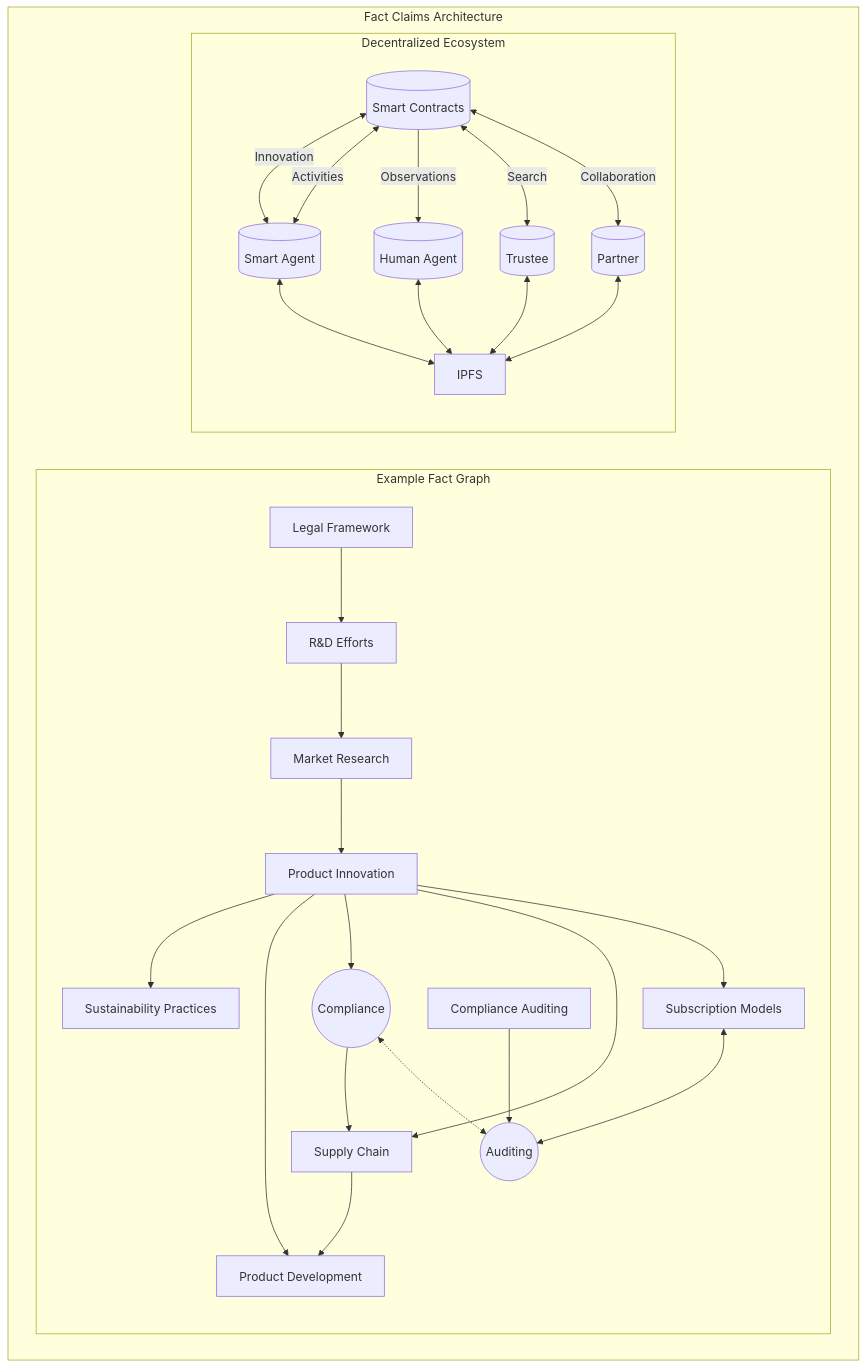
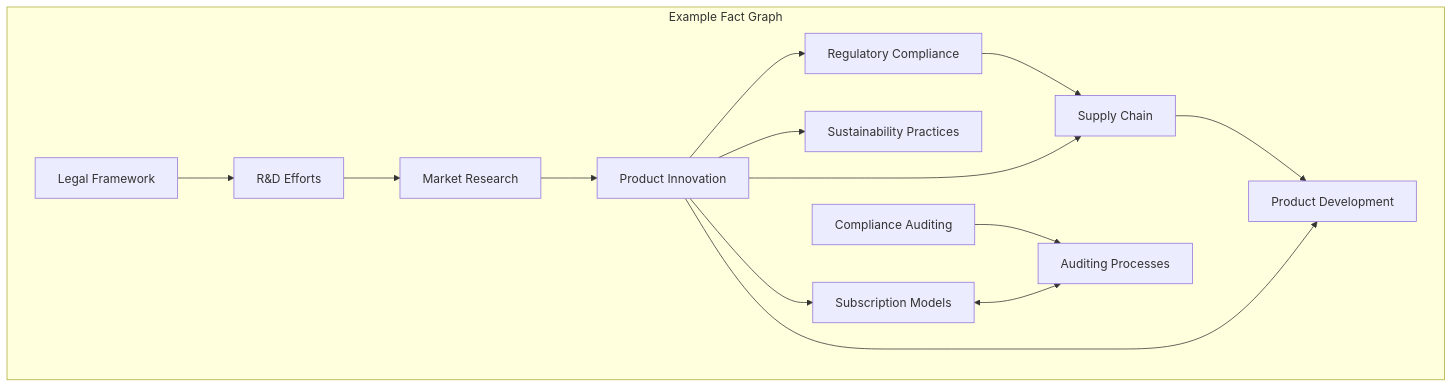
Before and after one commit to fact-claims/fact.claims: the diagram in www/content/paper/index.md, drawn with Mermaid. The commit also changed other lines of this file and 1 other file, not shown here.

````diff
--- a/www/content/paper/index.md
+++ b/www/content/paper/index.md
@@ -74,38 +74,17 @@
 ```mermaid
 flowchart TB
-    subgraph "Fact Claims Architecture"
         subgraph "Example Fact Graph"
             Regulatory[Regulatory Compliance] --> Supply_Chain[Supply Chain]
             Supply_Chain --> Products[Product Development]
             RnD[R&D Efforts] --> Research[Market Research]
             Research --> Innovation[Product Innovation]
             Innovation --> Sustainability[Sustainability Practices]
             Innovation --> Products
             Innovation --> Regulatory
             Innovation --> Supply_Chain
             Innovation --> Tokenomics[Subscription Models]
             Legal[Legal Framework] --> RnD
             Compliance[Compliance Auditing] --> Auditing[Auditing Processes]
             Tokenomics <--> Auditing
         end
-
-        subgraph "Decentralized Ecosystem"
-            SC[(Smart Contracts)]
-            agent1[(Smart Agent)]
-            agent2[(Human Agent)]
-            trustee1[(Trustee)]
-            partner1[(Partner)]
-            Regulatory((Compliance)) <-.-> Auditing((Auditing))
-            SC <-->|Innovation| agent1
-            SC <-->|Activities| agent1
-            SC -->|Observations| agent2
-            SC <-->|Search| trustee1
-            SC <-->|Collaboration| partner1
-            agent1 <--> IPFS
-            agent2 <--> IPFS
-            trustee1 <--> IPFS
-            partner1 <--> IPFS
-        end
-
-    end
 ```
````
